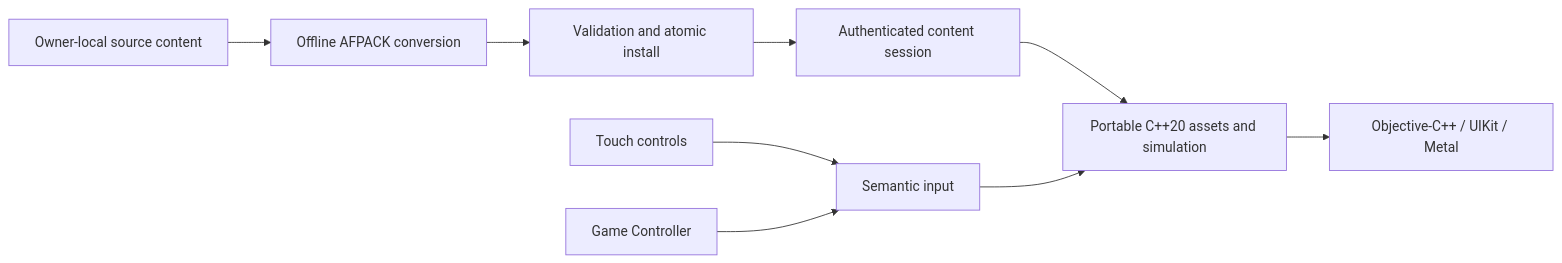
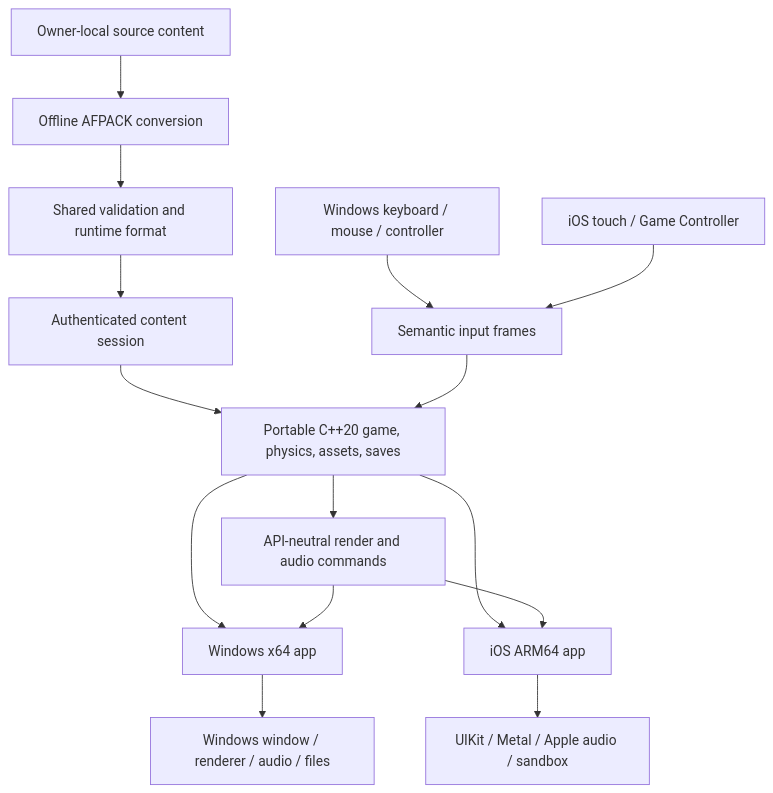
Before and after one commit to tryk016/airfix-dogfighter: the diagram in README.md, drawn with Mermaid. The commit also changed other lines of this file and 14 other files, not shown here.

````diff
--- a/README.md
+++ b/README.md
@@ -171,11 +181,17 @@
 ```mermaid
-flowchart LR
+flowchart TD
     A["Owner-local source content"] --> B["Offline AFPACK conversion"]
-    B --> C["Validation and atomic install"]
+    B --> C["Shared validation and runtime format"]
     C --> D["Authenticated content session"]
-    D --> E["Portable C++20 assets and simulation"]
-    T["Touch controls"] --> I["Semantic input"]
-    G["Game Controller"] --> I
-    I --> E
-    E --> M["Objective-C++ / UIKit / Metal"]
+    D --> E["Portable C++20 game, physics, assets, saves"]
+    I["Semantic input frames"] --> E
+    E --> R["API-neutral render and audio commands"]
+    W["Windows keyboard / mouse / controller"] --> I
+    T["iOS touch / Game Controller"] --> I
+    E --> X["Windows x64 app"]
+    R --> X
+    E --> Y["iOS ARM64 app"]
+    R --> Y
+    X --> WX["Windows window / renderer / audio / files"]
+    Y --> IY["UIKit / Metal / Apple audio / sandbox"]
 ```
````
